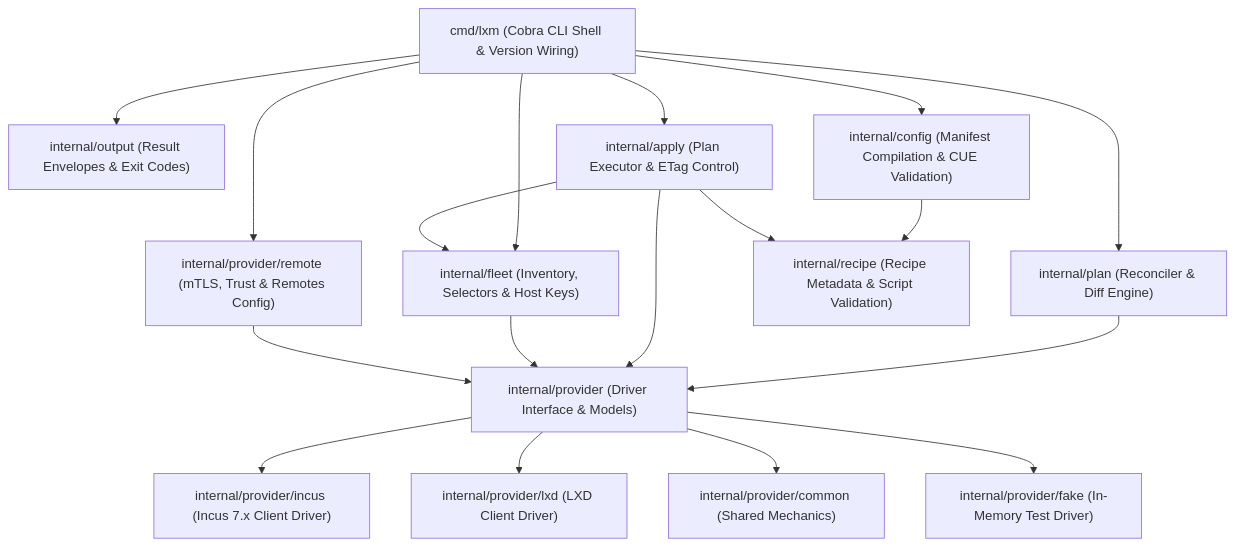
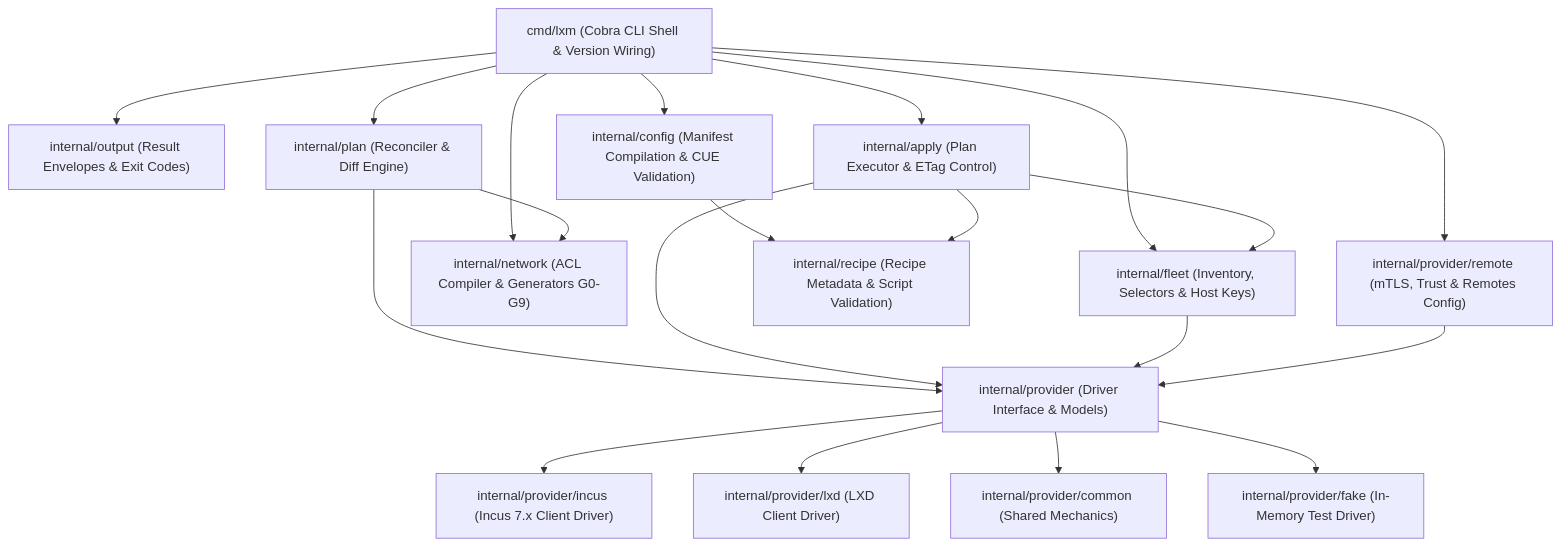
Before and after one commit to aiyor/lxm: the first of 3 diagrams in ARCHITECTURE.md, drawn with Mermaid. The commit also changed other lines of this file and 14 other files, not shown here.

First line of the commit message:
docs(network): document OVN virtual switches, multi-node overlays, and CLI diagnostics (#8)

````diff
--- a/ARCHITECTURE.md
+++ b/ARCHITECTURE.md
@@ -24,21 +24,23 @@
 ```mermaid
 graph TD
     CLI["cmd/lxm (Cobra CLI Shell & Version Wiring)"] --> Output["internal/output (Result Envelopes & Exit Codes)"]
     CLI --> Config["internal/config (Manifest Compilation & CUE Validation)"]
     CLI --> Fleet["internal/fleet (Inventory, Selectors & Host Keys)"]
     CLI --> Plan["internal/plan (Reconciler & Diff Engine)"]
+    CLI --> Network["internal/network (ACL Compiler & Generators G0-G9)"]
     CLI --> Apply["internal/apply (Plan Executor & ETag Control)"]
     CLI --> Remote["internal/provider/remote (mTLS, Trust & Remotes Config)"]
 
     Config --> Recipe["internal/recipe (Recipe Metadata & Script Validation)"]
+    Plan --> Network
     Plan --> Provider["internal/provider (Driver Interface & Models)"]
     Apply --> Provider
     Apply --> Recipe
     Apply --> Fleet
     Fleet --> Provider
     Remote --> Provider
     Provider --> Incus["internal/provider/incus (Incus 7.x Client Driver)"]
     Provider --> LXD["internal/provider/lxd (LXD Client Driver)"]
     Provider --> Common["internal/provider/common (Shared Mechanics)"]
     Provider --> Fake["internal/provider/fake (In-Memory Test Driver)"]
 ```
````
